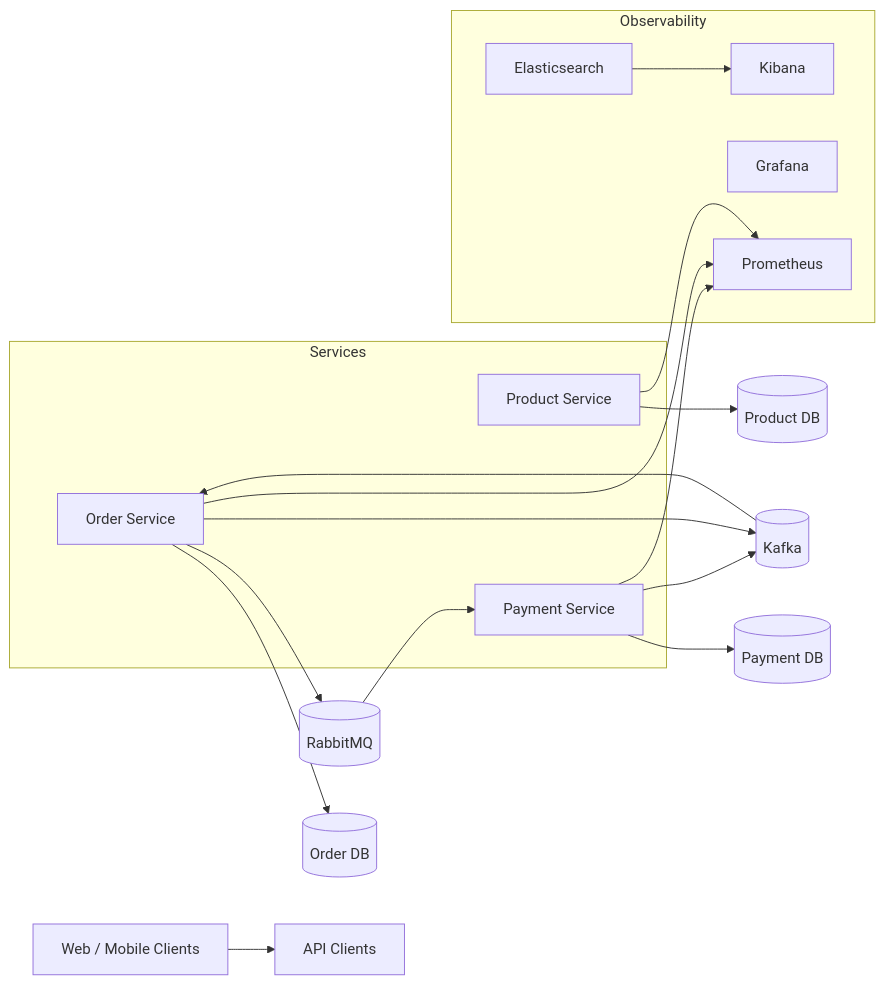
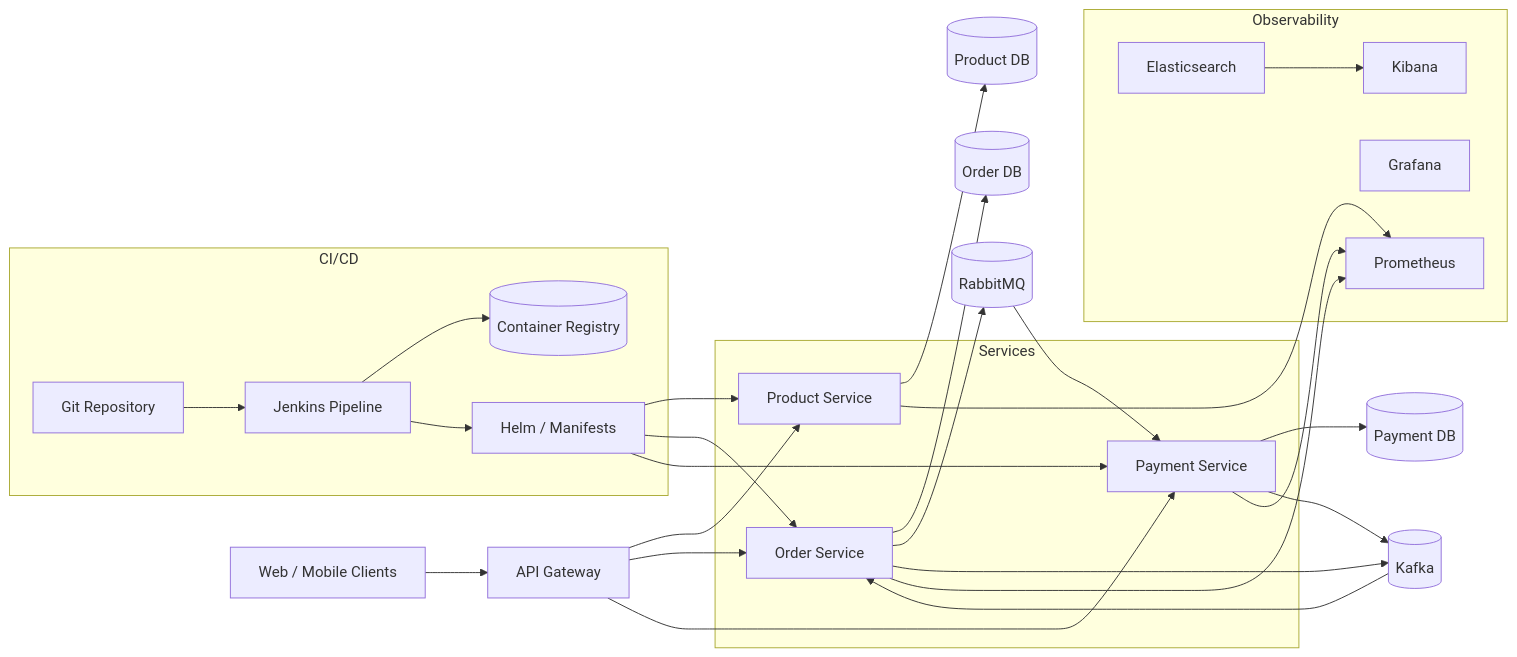
One commit to MirceaStefanescu/Portofolio changed the diagram in Cloud-Native E-Commerce Platform/README.md. Above: the diagram before and after it, drawn with Mermaid. The commit also changed other lines of this file and 2 other files, not shown here.

Commit message:
docs(cloud-ecom): add perf harness and contributor tasks

````diff
--- a/Cloud-Native E-Commerce Platform/README.md
+++ b/Cloud-Native E-Commerce Platform/README.md
@@ -74,33 +74,46 @@
 ```mermaid
 flowchart LR
-  Client[Web / Mobile Clients] --> Gateway[API Clients]
+  Client[Web / Mobile Clients] --> Gateway[API Gateway]
 
   subgraph Services
     Product[Product Service]
     Order[Order Service]
     Payment[Payment Service]
   end
+
+  Gateway --> Product
+  Gateway --> Order
+  Gateway --> Payment
 
   Product --> ProductDB[(Product DB)]
   Order --> OrderDB[(Order DB)]
   Payment --> PaymentDB[(Payment DB)]
 
   Order --> RabbitMQ[(RabbitMQ)]
   RabbitMQ --> Payment
 
   Order --> Kafka[(Kafka)]
   Payment --> Kafka
   Kafka --> Order
 
   subgraph Observability
     Prometheus[Prometheus]
     Grafana[Grafana]
     Elasticsearch[Elasticsearch]
     Kibana[Kibana]
   end
 
   Product --> Prometheus
   Order --> Prometheus
   Payment --> Prometheus
   Elasticsearch --> Kibana
+
+  subgraph CICD[CI/CD]
+    Repo[Git Repository] --> Jenkins[Jenkins Pipeline]
+    Jenkins --> Registry[(Container Registry)]
+    Jenkins --> Deploy[Helm / Manifests]
+  end
+  Deploy --> Product
+  Deploy --> Order
+  Deploy --> Payment
 ```
````
